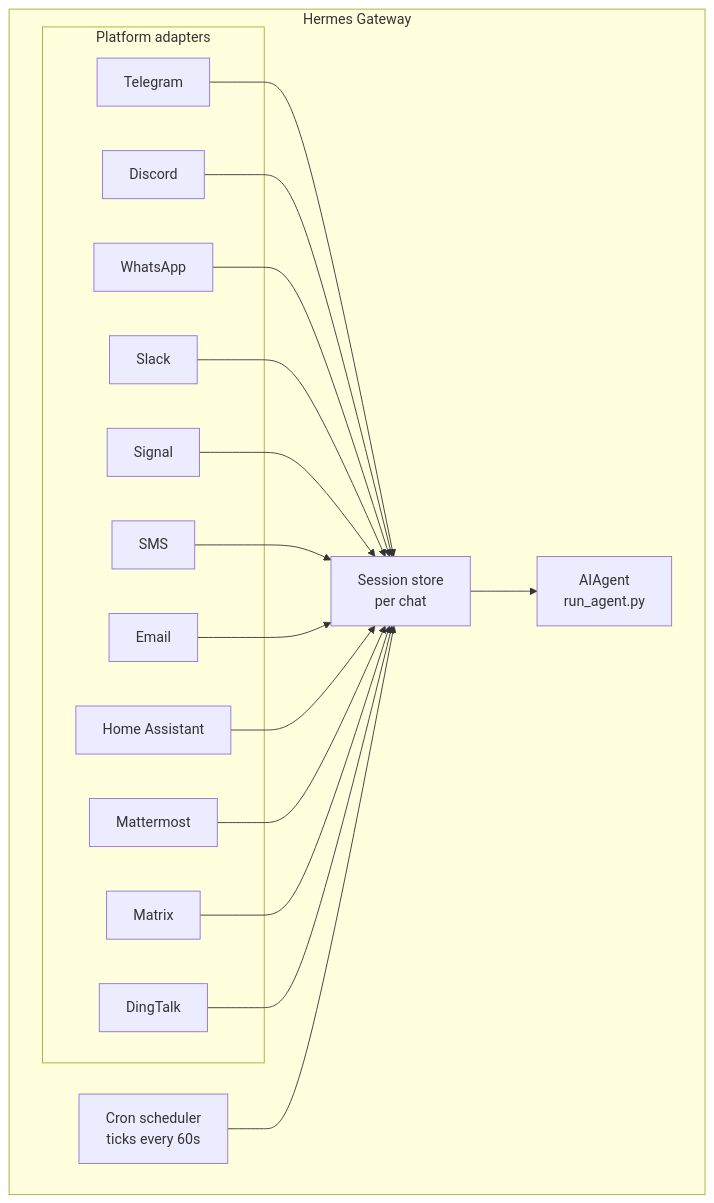
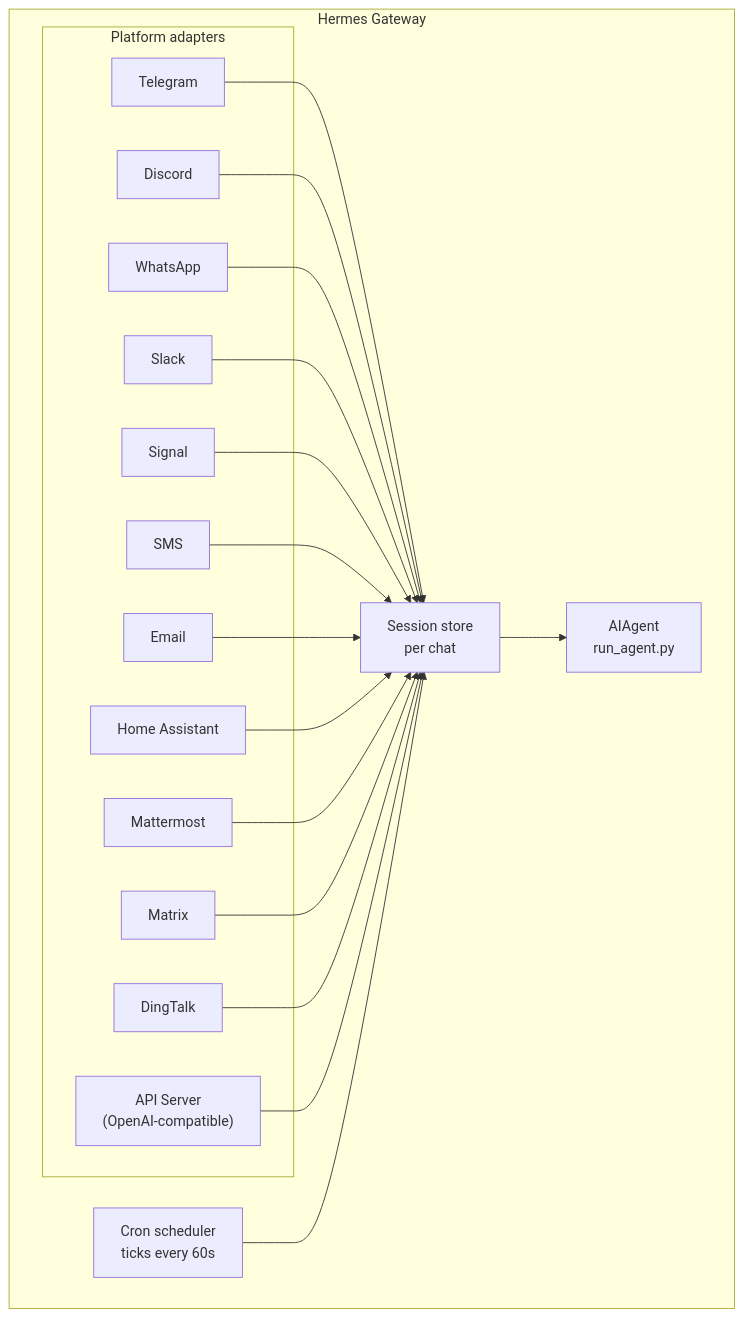
The diagram in website/docs/user-guide/messaging/index.md (NousResearch/hermes-agent), drawn with Mermaid before and after one commit. The commit also changed other lines of this file and 14 other files, not shown here.

First line of the commit message:
feat: OpenAI-compatible API server + WhatsApp configurable reply prefix (#1756)

````diff
--- a/website/docs/user-guide/messaging/index.md
+++ b/website/docs/user-guide/messaging/index.md
@@ -15,36 +15,38 @@
 ```mermaid
 flowchart TB
     subgraph Gateway["Hermes Gateway"]
         subgraph Adapters["Platform adapters"]
             tg[Telegram]
             dc[Discord]
             wa[WhatsApp]
             sl[Slack]
             sig[Signal]
             sms[SMS]
             em[Email]
             ha[Home Assistant]
             mm[Mattermost]
             mx[Matrix]
             dt[DingTalk]
+            api["API Server<br/>(OpenAI-compatible)"]
         end
 
         store["Session store<br/>per chat"]
         agent["AIAgent<br/>run_agent.py"]
         cron["Cron scheduler<br/>ticks every 60s"]
     end
 
     tg --> store
     dc --> store
     wa --> store
     sl --> store
     sig --> store
     sms --> store
     em --> store
     ha --> store
     mm --> store
     mx --> store
     dt --> store
+    api --> store
     store --> agent
     cron --> store
 ```
````
